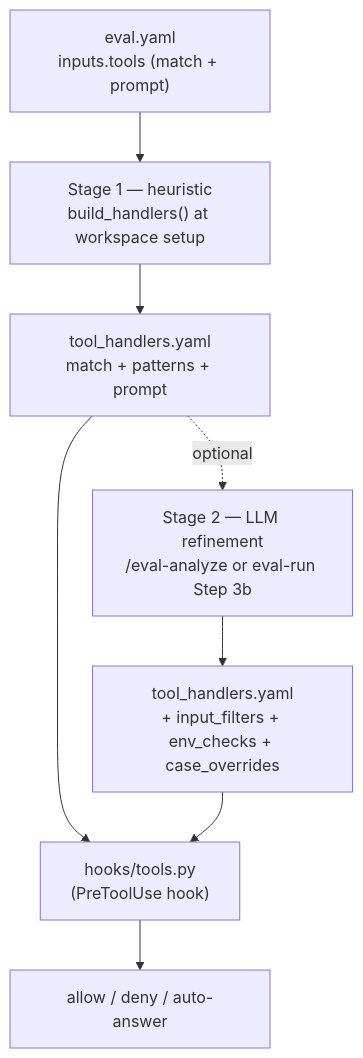
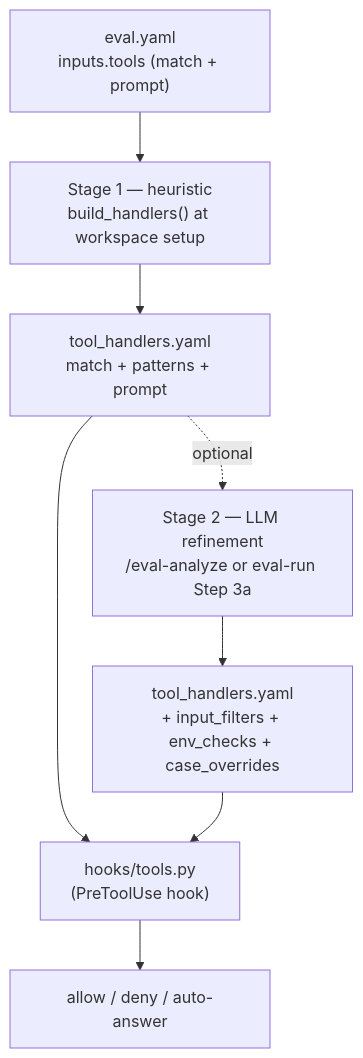
Before and after one commit to opendatahub-io/agent-eval-harness: the diagram in website/concepts/tool-interception.md, drawn with Mermaid. The commit also changed other lines of this file and 27 other files, not shown here.

````diff
--- a/website/concepts/tool-interception.md
+++ b/website/concepts/tool-interception.md
@@ -46,10 +46,10 @@
 ```mermaid
 flowchart TD
     A["eval.yaml<br/>inputs.tools (match + prompt)"] --> B
     B["Stage 1 — heuristic<br/>build_handlers() at workspace setup"] --> C["tool_handlers.yaml<br/>match + patterns + prompt"]
-    C -.->|optional| D["Stage 2 — LLM refinement<br/>/eval-analyze or eval-run Step 3b"]
+    C -.->|optional| D["Stage 2 — LLM refinement<br/>/eval-analyze or eval-run Step 3a"]
     D --> E["tool_handlers.yaml<br/>+ input_filters + env_checks + case_overrides"]
     C --> F["hooks/tools.py<br/>(PreToolUse hook)"]
     E --> F
     F --> G["allow / deny / auto-answer"]
 ```
````
